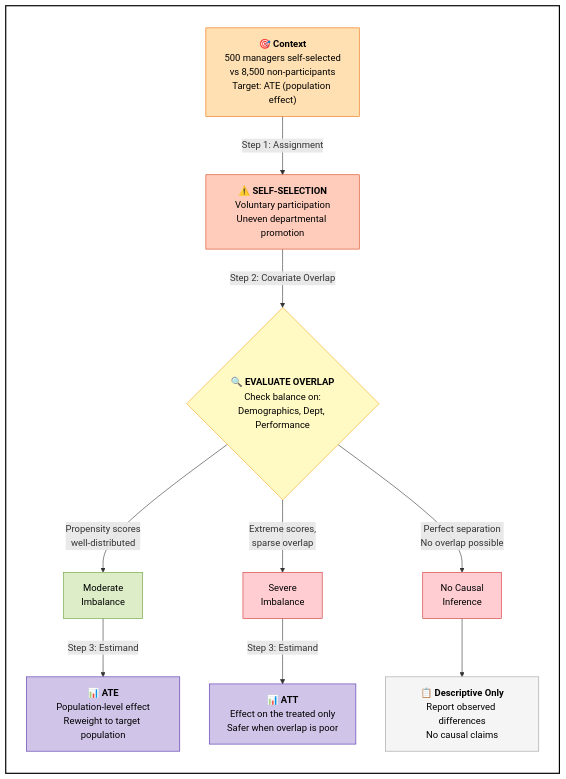
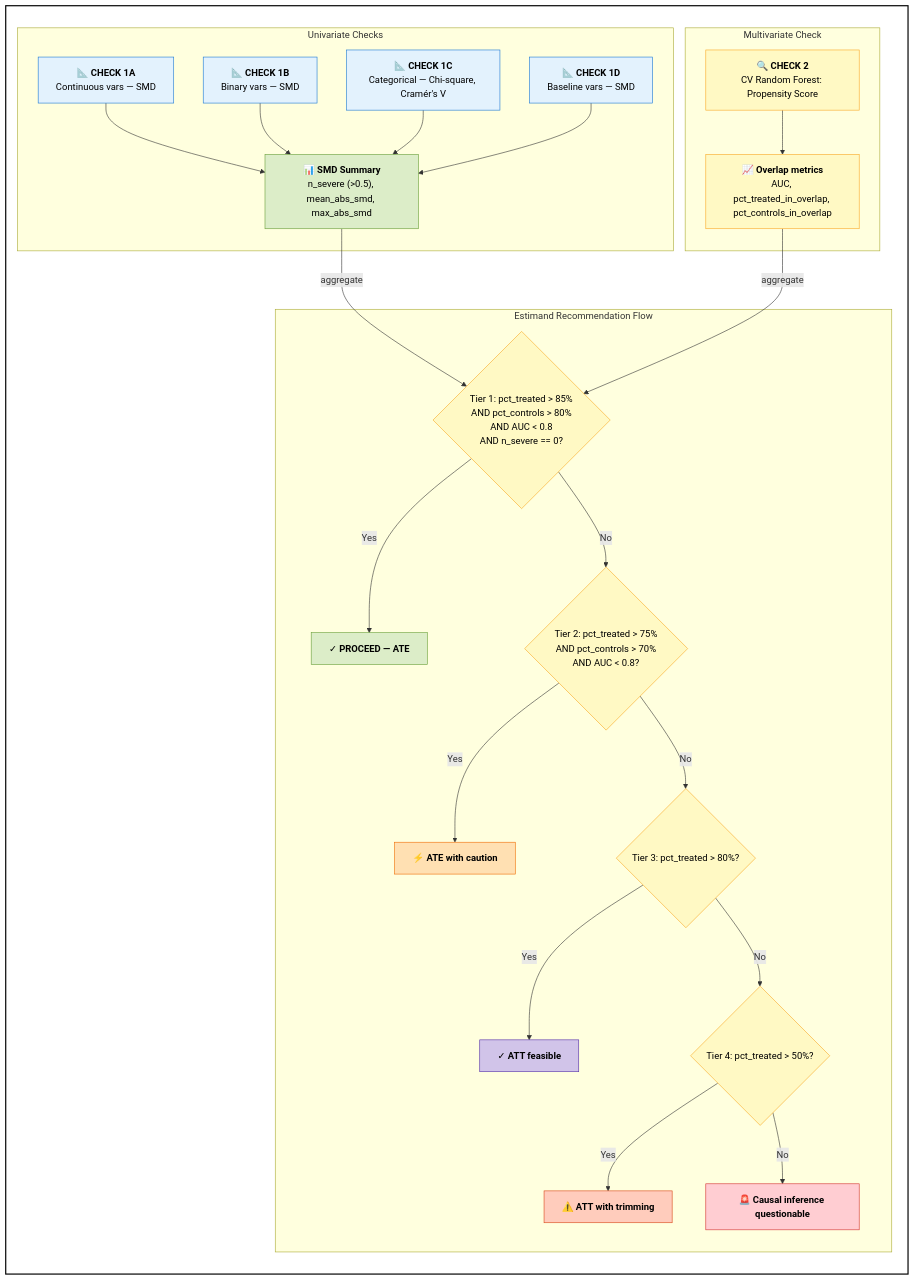
The second of 2 diagrams in diagrams/diagrams.md (nadlaurent/2026-MLP-causal-inference-workshop), drawn with Mermaid before and after one commit. The commit also changed other lines of this file and 63 other files, not shown here.

````diff
--- a/diagrams/diagrams.md
+++ b/diagrams/diagrams.md
@@ -3,38 +22,56 @@
 ```mermaid
 flowchart TB
     subgraph main[" "]
         direction TB
 
-        S2["🎯 <b>Context</b><br/>500 managers self-selected<br/>vs 8,500 non-participants<br/>Target: ATE (population effect)"]
-        
-        S2 -->|"Step 1: Assignment"| A2
-        A2["⚠️ <b>SELF-SELECTION</b><br/>Voluntary participation<br/>Uneven departmental promotion"]
-        
-        A2 -->|"Step 2: Covariate Overlap"| COV2
-        COV2{"🔍 <b>EVALUATE OVERLAP</b><br/>Check balance on:<br/>Demographics, Dept, Performance"}
-        
-        COV2 -->|"Propensity scores<br/>well-distributed"| MOD["Moderate<br/>Imbalance"]
-        COV2 -->|"Extreme scores,<br/>sparse overlap"| SEV["Severe<br/>Imbalance"]
-        COV2 -->|"Perfect separation<br/>No overlap possible"| NOCI["No Causal<br/>Inference"]
-        
-        MOD -->|"Step 3: Estimand"| EST2A
-        EST2A["📊 <b>ATE</b><br/>Population-level effect<br/>Reweight to target population"]
-        
-        SEV -->|"Step 3: Estimand"| EST2B
-        EST2B["📊 <b>ATT</b><br/>Effect on the treated only<br/>Safer when overlap is poor"]
-        
-        NOCI --> DESC
-        DESC["📋 <b>Descriptive Only</b><br/>Report observed differences<br/>No causal claims"]
+        subgraph univariate [Univariate Checks]
+            Check1A["📐 <b>CHECK 1A</b><br/>Continuous vars — SMD"]
+            Check1B["📐 <b>CHECK 1B</b><br/>Binary vars — SMD"]
+            Check1C["📐 <b>CHECK 1C</b><br/>Categorical — Chi-square, Cramér's V"]
+            Check1D["📐 <b>CHECK 1D</b><br/>Baseline vars — SMD"]
+            Check1A --> SMDSummary
+            Check1B --> SMDSummary
+            Check1C --> SMDSummary
+            Check1D --> SMDSummary
+            SMDSummary["📊 <b>SMD Summary</b><br/>n_severe (>0.5), mean_abs_smd, max_abs_smd"]
+        end
+
+        subgraph multivariate [Multivariate Check]
+            Check2["🔍 <b>CHECK 2</b><br/>CV Random Forest: Propensity Score"]
+            Check2 --> OverlapPct["📈 <b>Overlap metrics</b><br/>AUC, pct_treated_in_overlap, pct_controls_in_overlap"]
+        end
+
+        SMDSummary -->|"aggregate"| T1
+        OverlapPct -->|"aggregate"| T1
+
+        subgraph tierLogic [Estimand Recommendation Flow]
+            T1{"Tier 1: pct_treated > 85%<br/>AND pct_controls > 80%<br/>AND AUC < 0.8<br/>AND n_severe == 0?"}
+            T1 -->|Yes| Tier1["✓ <b>PROCEED — ATE</b>"]
+            T1 -->|No| T2{"Tier 2: pct_treated > 75%<br/>AND pct_controls > 70%<br/>AND AUC < 0.8?"}
+            T2 -->|Yes| Tier2["⚡ <b>ATE with caution</b>"]
+            T2 -->|No| T3{"Tier 3: pct_treated > 80%?"}
+            T3 -->|Yes| Tier3["✓ <b>ATT feasible</b>"]
+            T3 -->|No| T4{"Tier 4: pct_treated > 50%?"}
+            T4 -->|Yes| Tier4["⚠️ <b>ATT with trimming</b>"]
+            T4 -->|No| Tier5["🚨 <b>Causal inference questionable</b>"]
+        end
     end
 
     style main fill:#ffffff,stroke:#000000,stroke-width:2px
-    style S2 fill:#ffe0b2,stroke:#ef6c00,color:#000
-    style A2 fill:#ffccbc,stroke:#d84315,color:#000
-    style COV2 fill:#fff9c4,stroke:#f9a825,color:#000
-    style MOD fill:#dcedc8,stroke:#689f38,color:#000
-    style SEV fill:#ffcdd2,stroke:#d32f2f,color:#000
-    style NOCI fill:#ffcdd2,stroke:#d32f2f,color:#000
-    style EST2A fill:#d1c4e9,stroke:#512da8,color:#000
-    style EST2B fill:#d1c4e9,stroke:#512da8,color:#000
-    style DESC fill:#f5f5f5,stroke:#9e9e9e,color:#000
+    style Check1A fill:#e3f2fd,stroke:#1976d2,color:#000
+    style Check1B fill:#e3f2fd,stroke:#1976d2,color:#000
+    style Check1C fill:#e3f2fd,stroke:#1976d2,color:#000
+    style Check1D fill:#e3f2fd,stroke:#1976d2,color:#000
+    style SMDSummary fill:#dcedc8,stroke:#689f38,color:#000
+    style Check2 fill:#fff9c4,stroke:#f9a825,color:#000
+    style OverlapPct fill:#fff9c4,stroke:#f9a825,color:#000
+    style T1 fill:#fff9c4,stroke:#f9a825,color:#000
+    style T2 fill:#fff9c4,stroke:#f9a825,color:#000
+    style T3 fill:#fff9c4,stroke:#f9a825,color:#000
+    style T4 fill:#fff9c4,stroke:#f9a825,color:#000
+    style Tier1 fill:#dcedc8,stroke:#689f38,color:#000
+    style Tier2 fill:#ffe0b2,stroke:#ef6c00,color:#000
+    style Tier3 fill:#d1c4e9,stroke:#512da8,color:#000
+    style Tier4 fill:#ffccbc,stroke:#d84315,color:#000
+    style Tier5 fill:#ffcdd2,stroke:#d32f2f,color:#000
 ```
````
